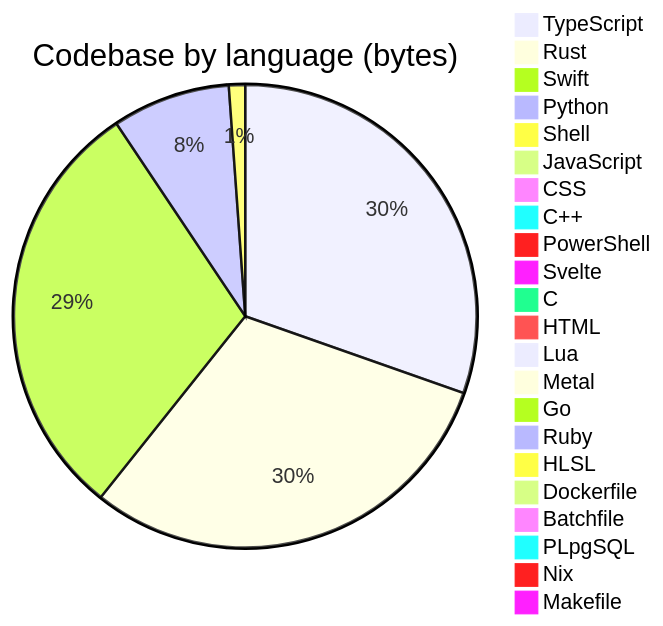
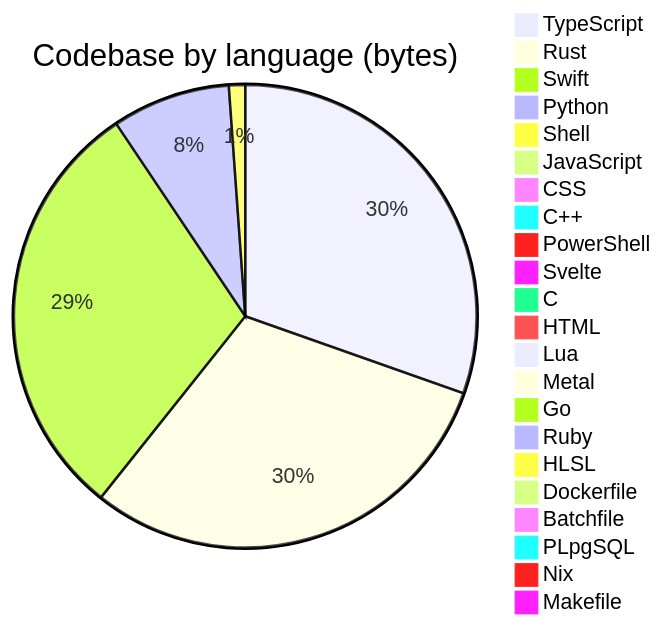
One commit to Open330/.github changed the diagram in profile/README.md. Above: the diagram before and after it, drawn with Mermaid. The commit also changed other lines of this file and 1 other file, not shown here.

````diff
--- a/profile/README.md
+++ b/profile/README.md
@@ -139,25 +139,25 @@
 ```mermaid
 pie title Codebase by language (bytes)
-    "TypeScript" : 39102309
-    "Rust" : 39043168
-    "Swift" : 38474892
-    "Python" : 10606544
-    "Shell" : 1463753
-    "JavaScript" : 986583
-    "CSS" : 508481
+    "TypeScript" : 39195411
+    "Rust" : 39058613
+    "Swift" : 38545620
+    "Python" : 10649535
+    "Shell" : 1464195
+    "JavaScript" : 986947
+    "CSS" : 520026
     "C++" : 388775
     "PowerShell" : 333788
     "Svelte" : 275766
     "C" : 197825
-    "HTML" : 168434
+    "HTML" : 170268
     "Lua" : 48814
     "Metal" : 33192
     "Go" : 22811
     "Ruby" : 9499
     "HLSL" : 7527
     "Dockerfile" : 7454
     "Batchfile" : 5660
     "PLpgSQL" : 5283
     "Nix" : 3168
     "Makefile" : 1692
 ```
````
